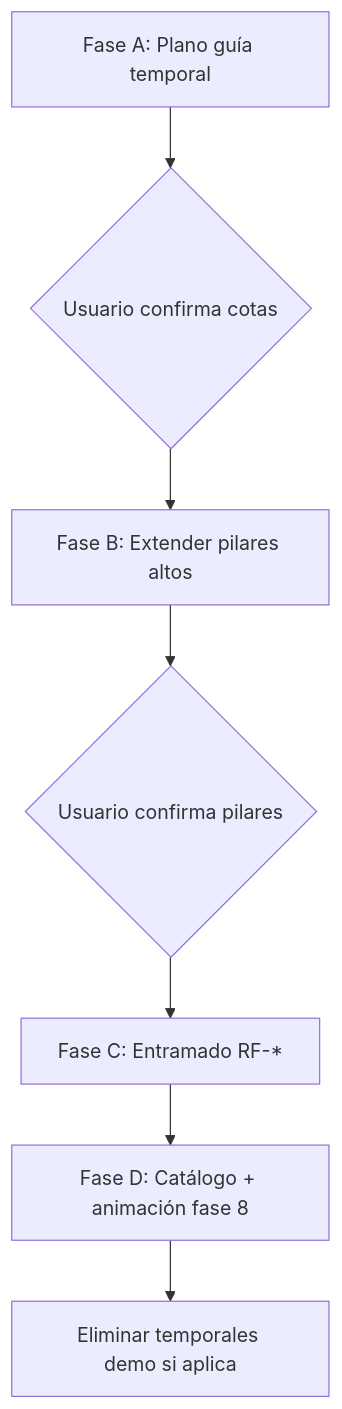
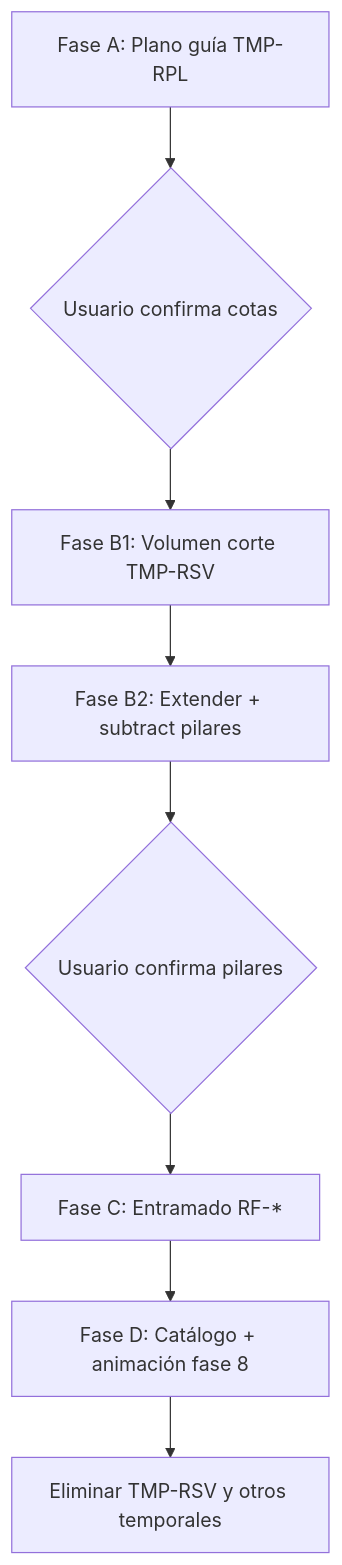
Before and after one commit to Vethariel/BeachHouse: the second of 2 diagrams in docs/plan-cubierta.md, drawn with Mermaid. The commit also changed other lines of this file and 140 other files, not shown here.

````diff
--- a/docs/plan-cubierta.md
+++ b/docs/plan-cubierta.md
@@ -198,9 +259,10 @@
 ```mermaid
 flowchart TD
-  A[Fase A: Plano guía temporal] --> B{Usuario confirma cotas}
-  B --> C[Fase B: Extender pilares altos]
-  C --> D{Usuario confirma pilares}
+  A[Fase A: Plano guía TMP-RPL] --> B{Usuario confirma cotas}
+  B --> C1[Fase B1: Volumen corte TMP-RSV]
+  C1 --> C2[Fase B2: Extender + subtract pilares]
+  C2 --> D{Usuario confirma pilares}
   D --> E[Fase C: Entramado RF-*]
   E --> F[Fase D: Catálogo + animación fase 8]
-  F --> G[Eliminar temporales demo si aplica]
+  F --> G[Eliminar TMP-RSV y otros temporales]
 ```
````
